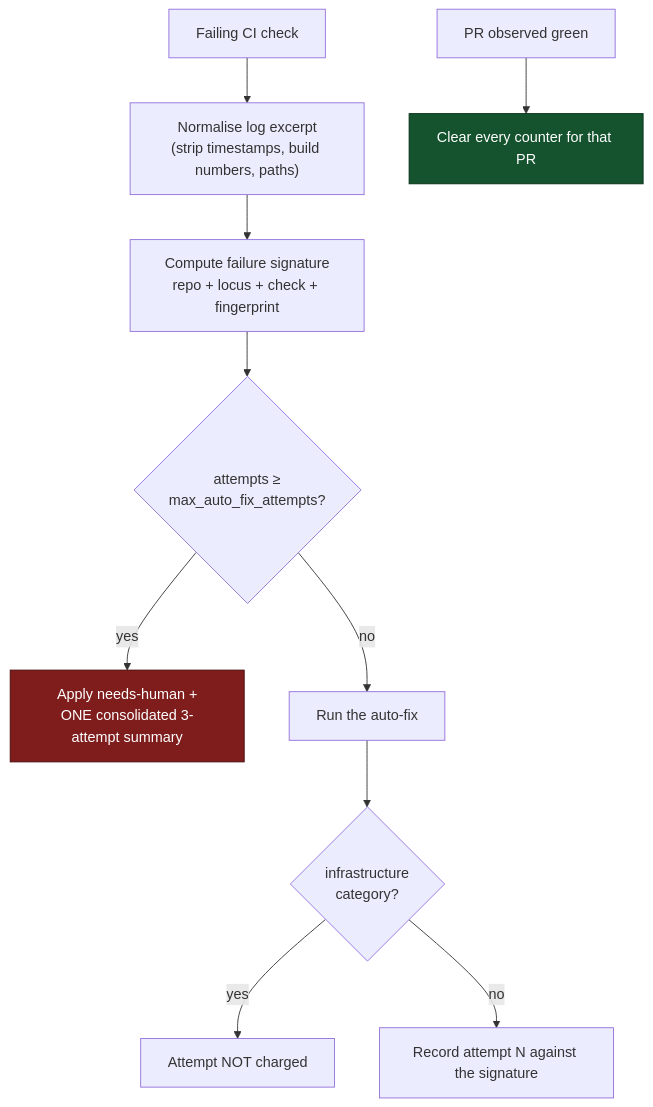
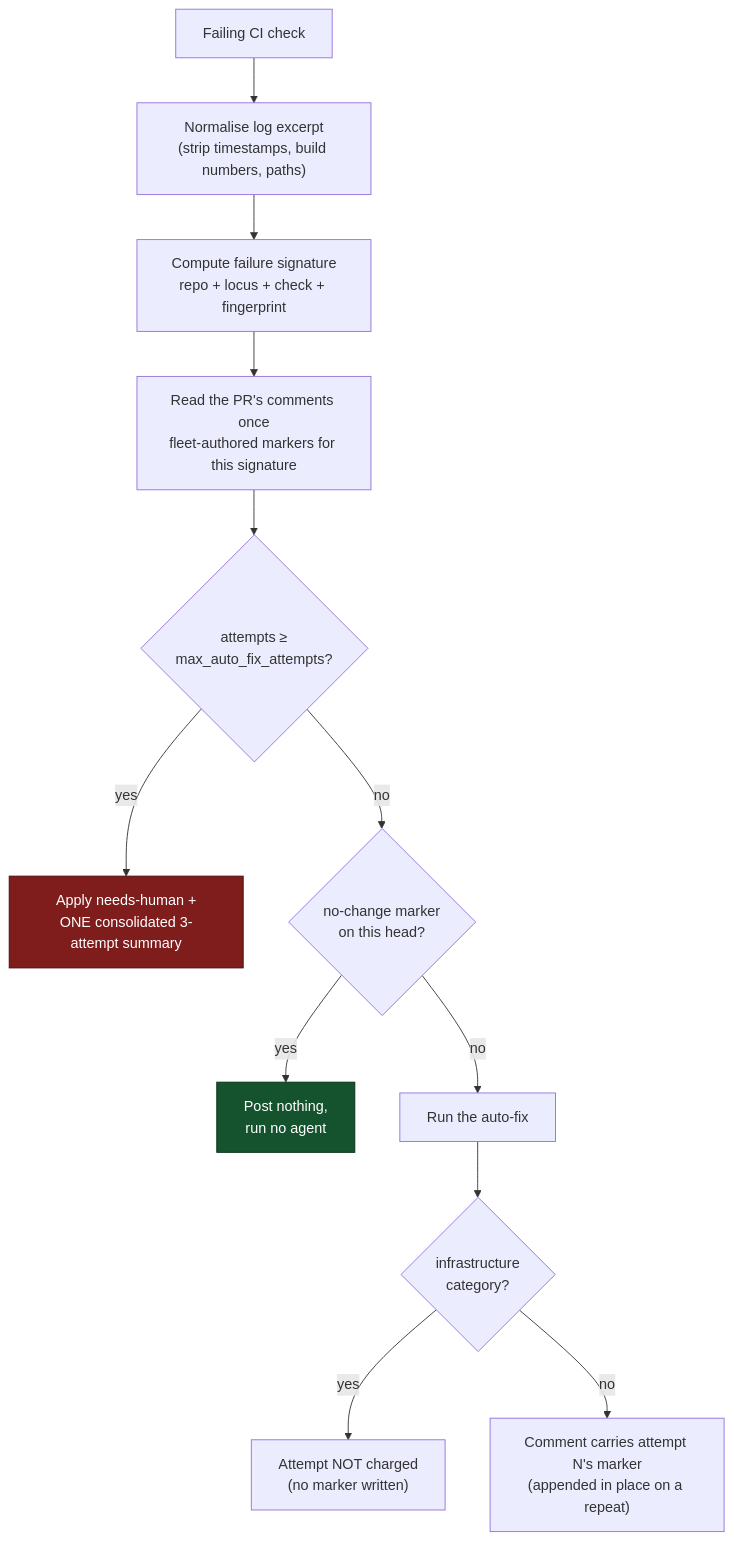
Diagram 19 of 21 in docs/CONFIGURATION.md (stSoftwareAU/VibeCoder), drawn with Mermaid before and after one commit. The commit also changed other lines of this file and 21 other files, not shown here.

First line of the commit message:
CI-fix attempt cap and comment dedup read fleet-wide PR markers (Issue #1879)

````diff
--- a/docs/CONFIGURATION.md
+++ b/docs/CONFIGURATION.md
@@ -3837,14 +3864,16 @@
 ```mermaid
 flowchart TD
     A["Failing CI check"] --> B["Normalise log excerpt<br/>(strip timestamps, build numbers, paths)"]
     B --> C["Compute failure signature<br/>repo + locus + check + fingerprint"]
-    C --> D{"attempts ≥<br/>max_auto_fix_attempts?"}
+    C --> M["Read the PR's comments once<br/>fleet-authored markers for this signature"]
+    M --> D{"attempts ≥<br/>max_auto_fix_attempts?"}
     D -->|yes| E["Apply needs-human +<br/>ONE consolidated 3-attempt summary"]
-    D -->|no| F["Run the auto-fix"]
+    D -->|no| N{"no-change marker<br/>on this head?"}
+    N -->|yes| Q["Post nothing,<br/>run no agent"]
+    N -->|no| F["Run the auto-fix"]
     F --> G{"infrastructure<br/>category?"}
-    G -->|yes| H["Attempt NOT charged"]
-    G -->|no| I["Record attempt N against the signature"]
-    J["PR observed green"] --> K["Clear every counter for that PR"]
+    G -->|yes| H["Attempt NOT charged<br/>(no marker written)"]
+    G -->|no| I["Comment carries attempt N's marker<br/>(appended in place on a repeat)"]
     style E fill:#7f1d1d,stroke:#450a0a,color:#fff
-    style K fill:#14532d,stroke:#052e16,color:#fff
+    style Q fill:#14532d,stroke:#052e16,color:#fff
 ```
````
